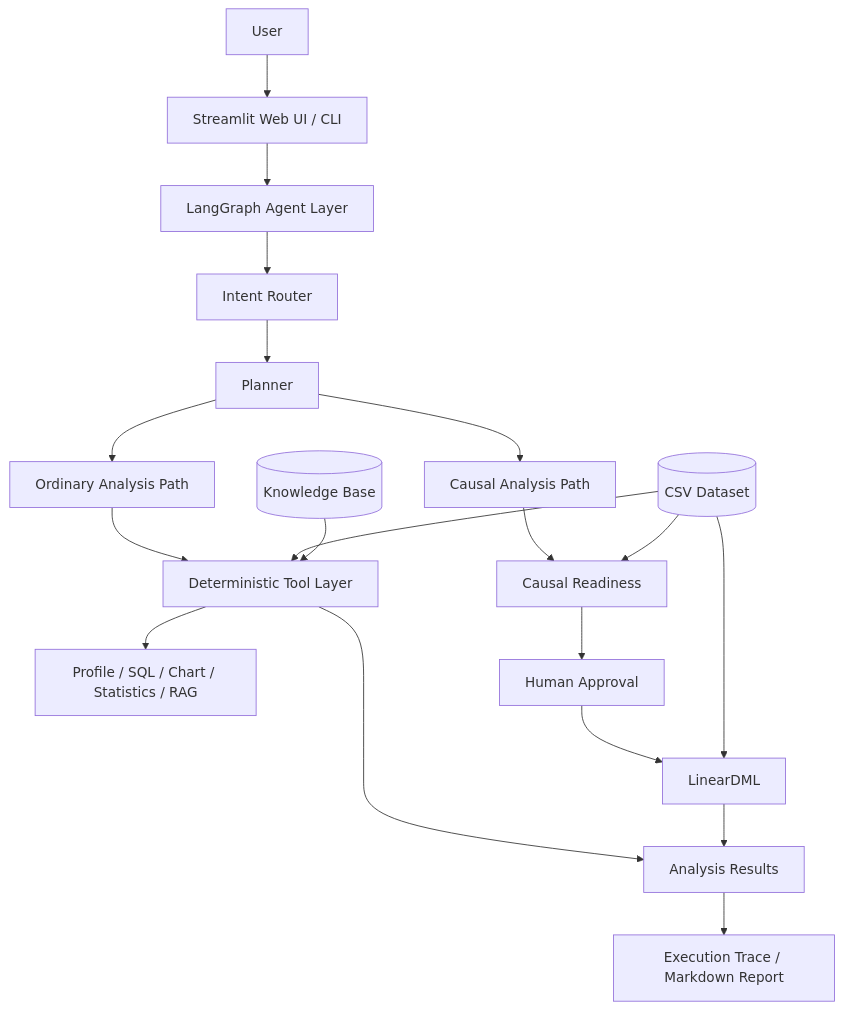
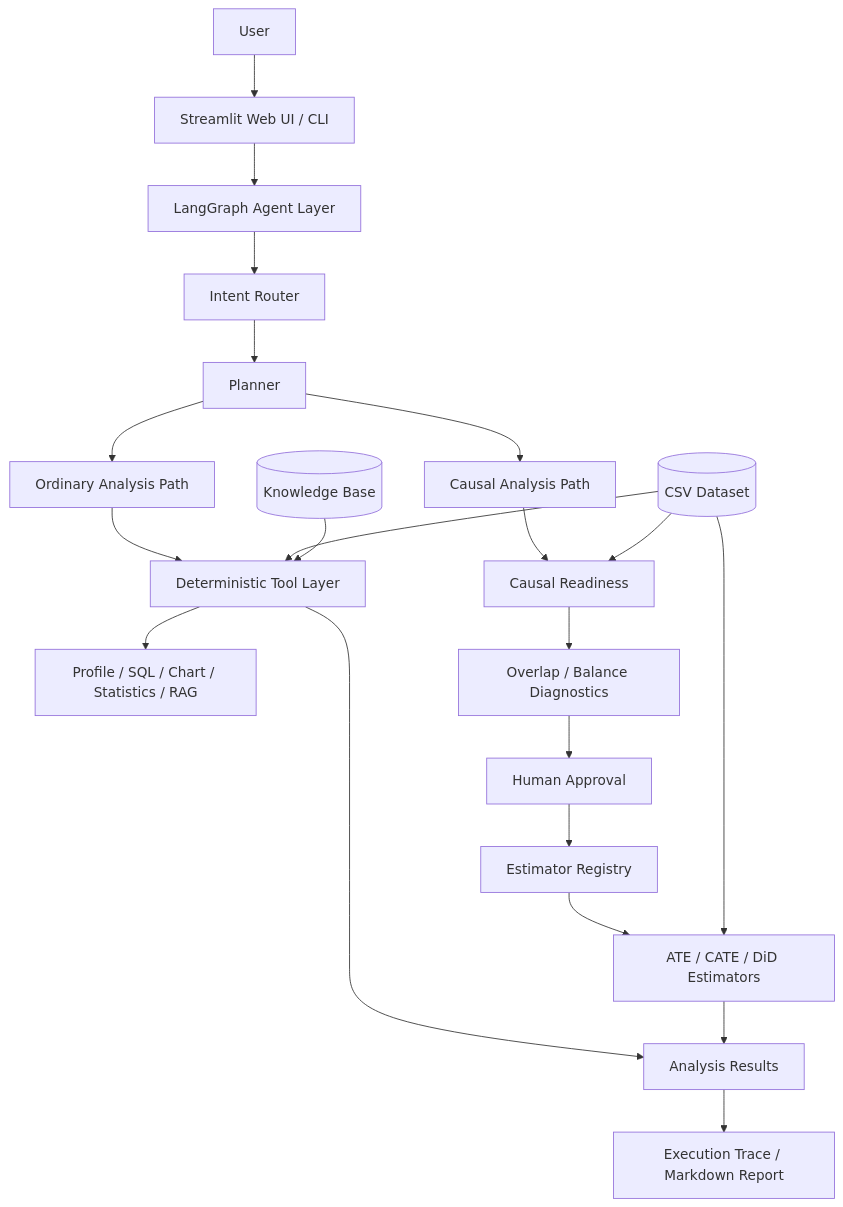
One commit to shanyinduo-glitch/causalens-agent changed the first of 3 diagrams in README.md. Above: the diagram before and after it, drawn with Mermaid. The commit also changed other lines of this file and 140 other files, not shown here.

````diff
--- a/README.md
+++ b/README.md
@@ -475,29 +650,31 @@
 ```mermaid
 flowchart TB
     U[User] --> I[Streamlit Web UI / CLI]
 
     I --> G[LangGraph Agent Layer]
 
     G --> R[Intent Router]
     R --> P[Planner]
 
     P --> O[Ordinary Analysis Path]
     P --> C[Causal Analysis Path]
 
     O --> T[Deterministic Tool Layer]
     T --> T1[Profile / SQL / Chart / Statistics / RAG]
 
     C --> CR[Causal Readiness]
-    CR --> H[Human Approval]
-    H --> D[LinearDML]
+    CR --> CD[Overlap / Balance Diagnostics]
+    CD --> H[Human Approval]
+    H --> ER[Estimator Registry]
+    ER --> D[ATE / CATE / DiD Estimators]
 
     CSV[(CSV Dataset)] --> T
     KB[(Knowledge Base)] --> T
     CSV --> CR
     CSV --> D
 
     T --> RES[Analysis Results]
     D --> RES
 
     RES --> OUT[Execution Trace / Markdown Report]
 ```
````
